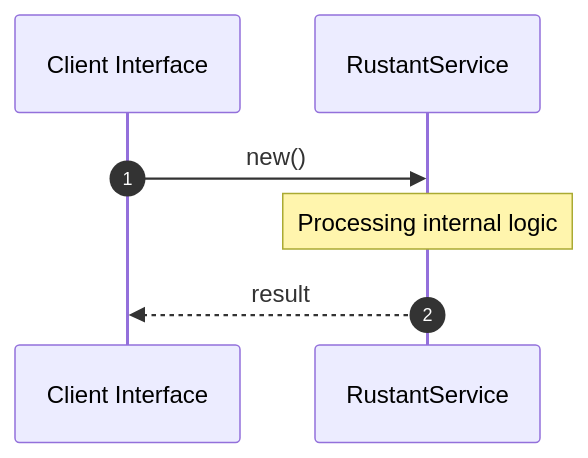
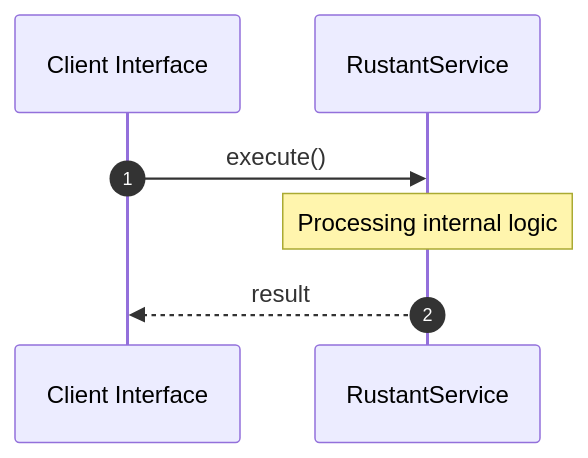
The second of 2 diagrams in openwiki/crates_factory-application_src_agents_rustant_rs.md (lgcorzo/rust_CACD_autonomous_factory), drawn with Mermaid before and after one commit. The commit also changed other lines of this file and 76 other files, not shown here.

````diff
--- a/openwiki/crates_factory-application_src_agents_rustant_rs.md
+++ b/openwiki/crates_factory-application_src_agents_rustant_rs.md
@@ -156,10 +156,10 @@
 ```mermaid
 sequenceDiagram
     autonumber
     participant Caller as Client Interface
     participant Svc as RustantService
-    Caller->>Svc: new()
+    Caller->>Svc: execute()
     Note over Svc: Processing internal logic
     Svc-->>Caller: result
 
 ```
````
